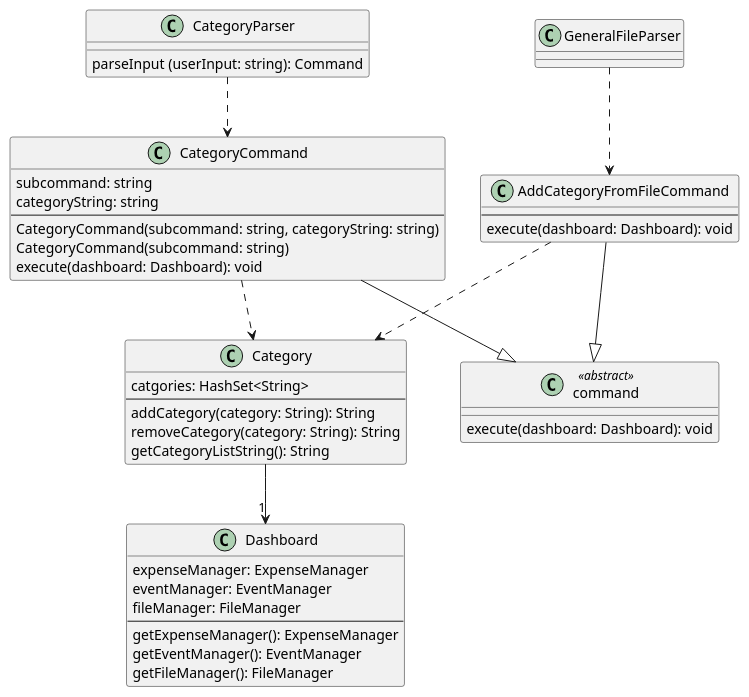
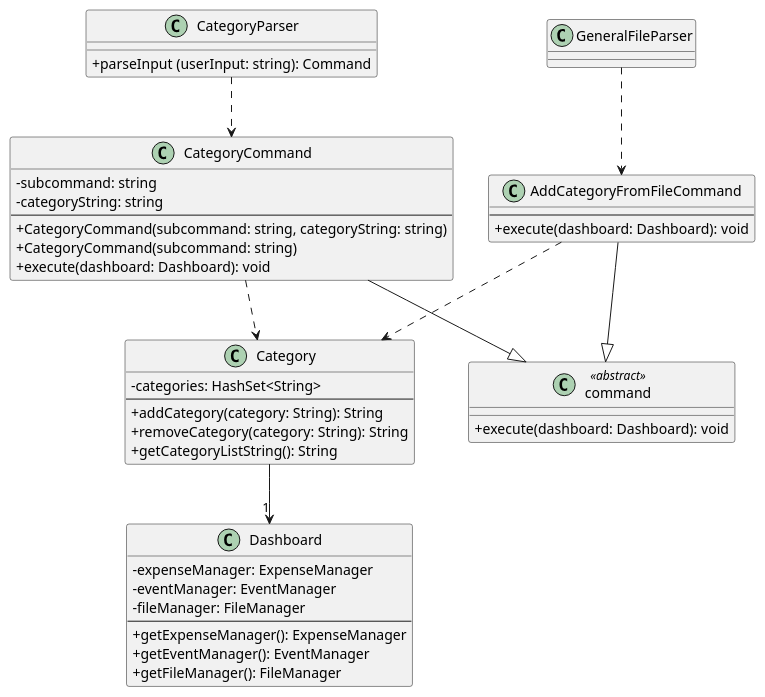
The diagram in docs/team/UML_Files/Category_class.puml (JianJiaT/tp), drawn with PlantUML before and after one commit. The commit also changed 3 other files, not shown here.

Commit message:
Modify DG Category UML, Category Changed access modifiers of class variables in category

```diff
--- a/docs/team/UML_Files/Category_class.puml
+++ b/docs/team/UML_Files/Category_class.puml
@@ -1,44 +1,45 @@
 @startuml
+skinparam classAttributeIconSize 0
 class Dashboard {
-    expenseManager: ExpenseManager
-    eventManager: EventManager
-    fileManager: FileManager
+    - expenseManager: ExpenseManager
+    - eventManager: EventManager
+    - fileManager: FileManager
     --
-    getExpenseManager(): ExpenseManager
-    getEventManager(): EventManager
-    getFileManager(): FileManager
+    + getExpenseManager(): ExpenseManager
+    + getEventManager(): EventManager
+    + getFileManager(): FileManager
 }
 class command <<abstract>> {
-    execute(dashboard: Dashboard): void
+    + execute(dashboard: Dashboard): void
 }
 class CategoryCommand {
-    subcommand: string
-    categoryString: string
+    - subcommand: string
+    - categoryString: string
     --
-    CategoryCommand(subcommand: string, categoryString: string)
-    CategoryCommand(subcommand: string)
-    execute(dashboard: Dashboard): void
+    + CategoryCommand(subcommand: string, categoryString: string)
+    + CategoryCommand(subcommand: string)
+    + execute(dashboard: Dashboard): void
    }
 class AddCategoryFromFileCommand {
     --
-    execute(dashboard: Dashboard): void
+    + execute(dashboard: Dashboard): void
 }
 class CategoryParser {
-    parseInput (userInput: string): Command
+    + parseInput (userInput: string): Command
 }
 class GeneralFileParser
 class Category {
-     catgories: HashSet<String>
+     - categories: HashSet<String>
      --
-     addCategory(category: String): String
-     removeCategory(category: String): String
-     getCategoryListString(): String
+     + addCategory(category: String): String
+     + removeCategory(category: String): String
+     + getCategoryListString(): String
 }
 AddCategoryFromFileCommand --|> command
 CategoryCommand --|> command
 Category --> "1"  Dashboard
 CategoryParser -[dashed]-> CategoryCommand
 CategoryCommand -[dashed]->  Category
 AddCategoryFromFileCommand -[dashed]-> Category
 GeneralFileParser -[dashed]-> AddCategoryFromFileCommand
 @enduml
```
